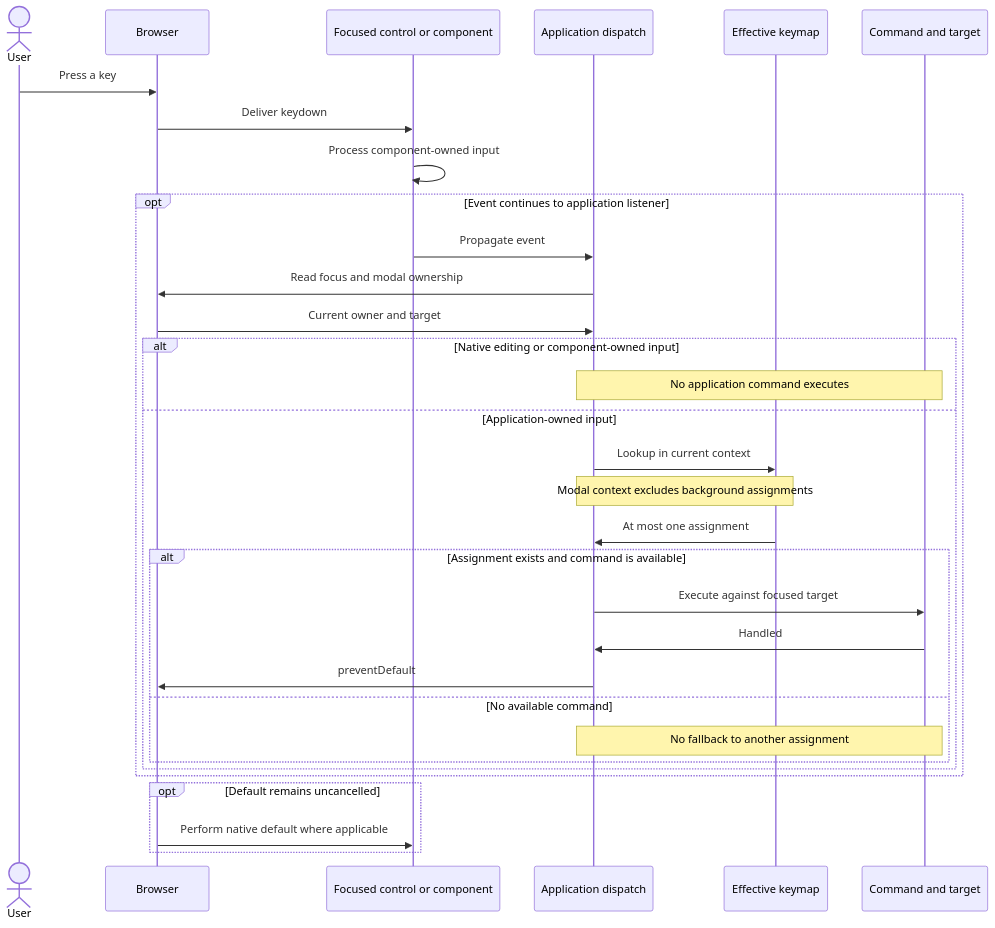
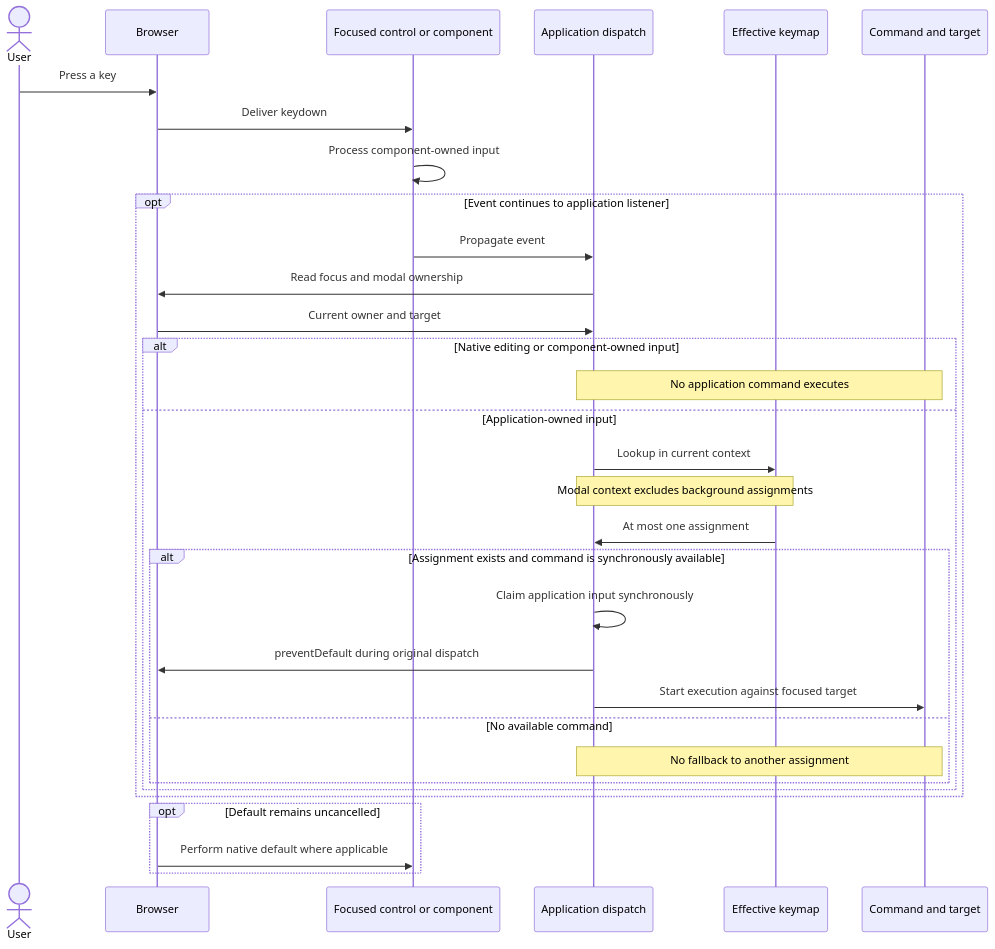
Before and after one commit to Comfy-Org/ComfyUI_frontend: the second of 4 diagrams in docs/adr/KEYBINDINGS-0054-conflict-free-keymaps-and-native-focus-ownership.md, drawn with Mermaid. The commit also changed other lines of this file, not shown here.

Commit message:
fix: clarify keymap acceptance and dispatch timing
Amp-Thread-ID: https://ampcode.com/threads/T-843b811a-04a2-4081-b933-4d72e4e0db20

````diff
--- a/docs/adr/KEYBINDINGS-0054-conflict-free-keymaps-and-native-focus-ownership.md
+++ b/docs/adr/KEYBINDINGS-0054-conflict-free-keymaps-and-native-focus-ownership.md
@@ -79,34 +79,34 @@
 ```mermaid
 sequenceDiagram
     actor User
     participant Browser
     participant Control as Focused control or component
     participant Dispatch as Application dispatch
     participant Keymap as Effective keymap
     participant Command as Command and target
     User->>Browser: Press a key
     Browser->>Control: Deliver keydown
     Control->>Control: Process component-owned input
     opt Event continues to application listener
         Control->>Dispatch: Propagate event
         Dispatch->>Browser: Read focus and modal ownership
         Browser->>Dispatch: Current owner and target
         alt Native editing or component-owned input
             Note over Dispatch,Command: No application command executes
         else Application-owned input
             Dispatch->>Keymap: Lookup in current context
             Note over Dispatch,Keymap: Modal context excludes background assignments
             Keymap->>Dispatch: At most one assignment
-            alt Assignment exists and command is available
-                Dispatch->>Command: Execute against focused target
-                Command->>Dispatch: Handled
-                Dispatch->>Browser: preventDefault
+            alt Assignment exists and command is synchronously available
+                Dispatch->>Dispatch: Claim application input synchronously
+                Dispatch->>Browser: preventDefault during original dispatch
+                Dispatch->>Command: Start execution against focused target
             else No available command
                 Note over Dispatch,Command: No fallback to another assignment
             end
         end
     end
     opt Default remains uncancelled
         Browser->>Control: Perform native default where applicable
     end
 ```
````
